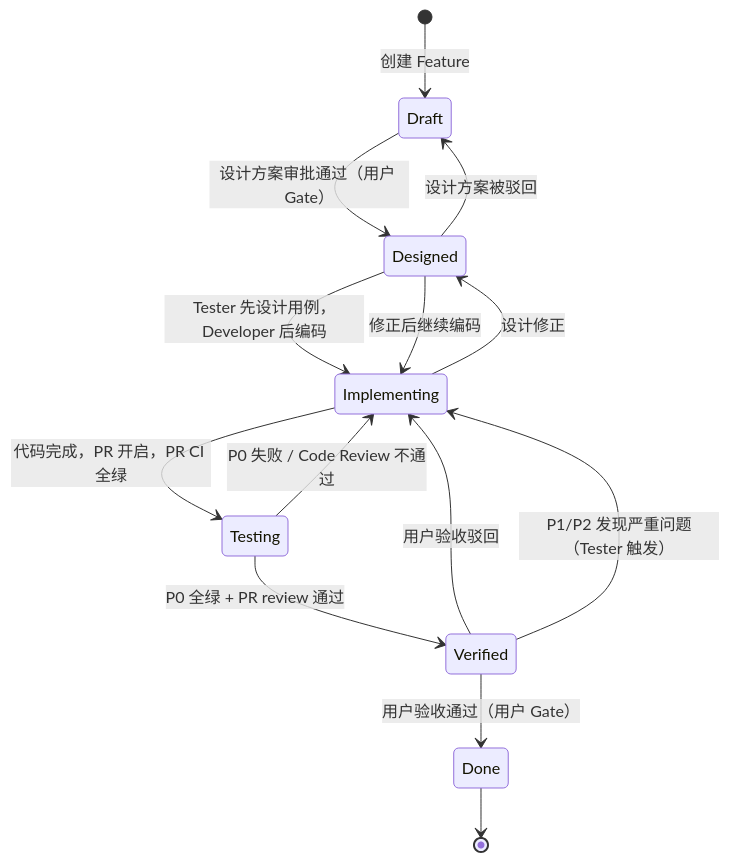
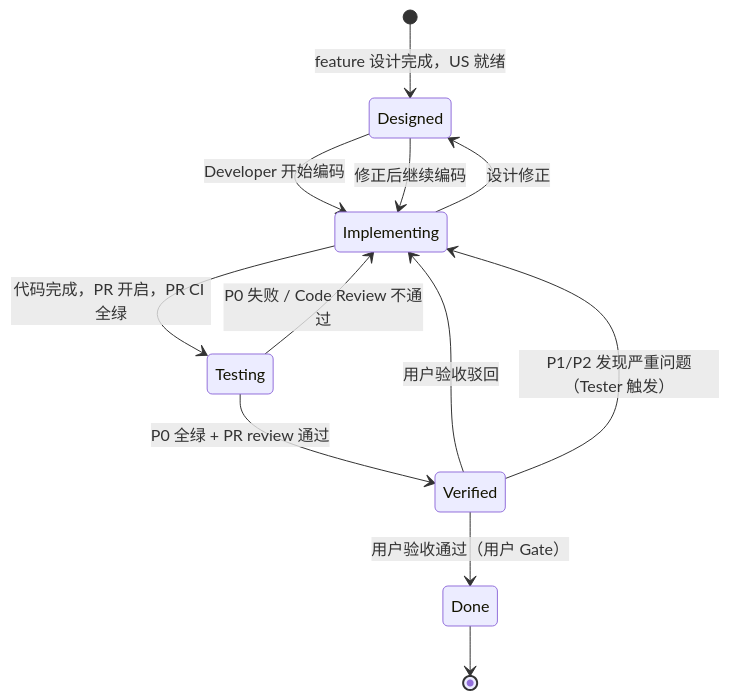
Before and after one commit to leoricmaster/ffp: the third of 3 diagrams in docs/process/feature-flow.md, drawn with Mermaid. The commit also changed other lines of this file and 8 other files, not shown here.

````diff
--- a/docs/process/feature-flow.md
+++ b/docs/process/feature-flow.md
@@ -132,17 +145,15 @@
 ```mermaid
 stateDiagram-v2
-  [*] --> Draft : 创建 Feature
-  Draft --> Designed : 设计方案审批通过（用户 Gate）
-  Designed --> Implementing : Tester 先设计用例，Developer 后编码
+  [*] --> Designed : feature 设计完成，US 就绪
+  Designed --> Implementing : Developer 开始编码
   Implementing --> Testing : 代码完成，PR 开启，PR CI 全绿
   Testing --> Verified : P0 全绿 + PR review 通过
   Verified --> Done : 用户验收通过（用户 Gate）
   Done --> [*]
 
   Testing --> Implementing : P0 失败 / Code Review 不通过
   Verified --> Implementing : 用户验收驳回
   Verified --> Implementing : P1/P2 发现严重问题（Tester 触发）
   Implementing --> Designed : 设计修正
   Designed --> Implementing : 修正后继续编码
-  Designed --> Draft : 设计方案被驳回
 ```
````
